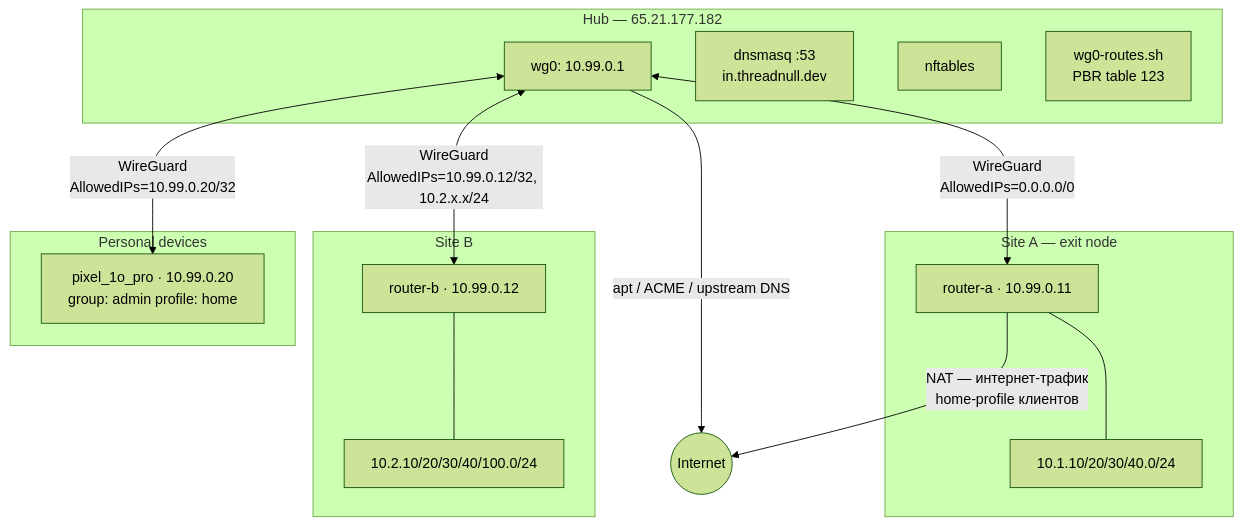
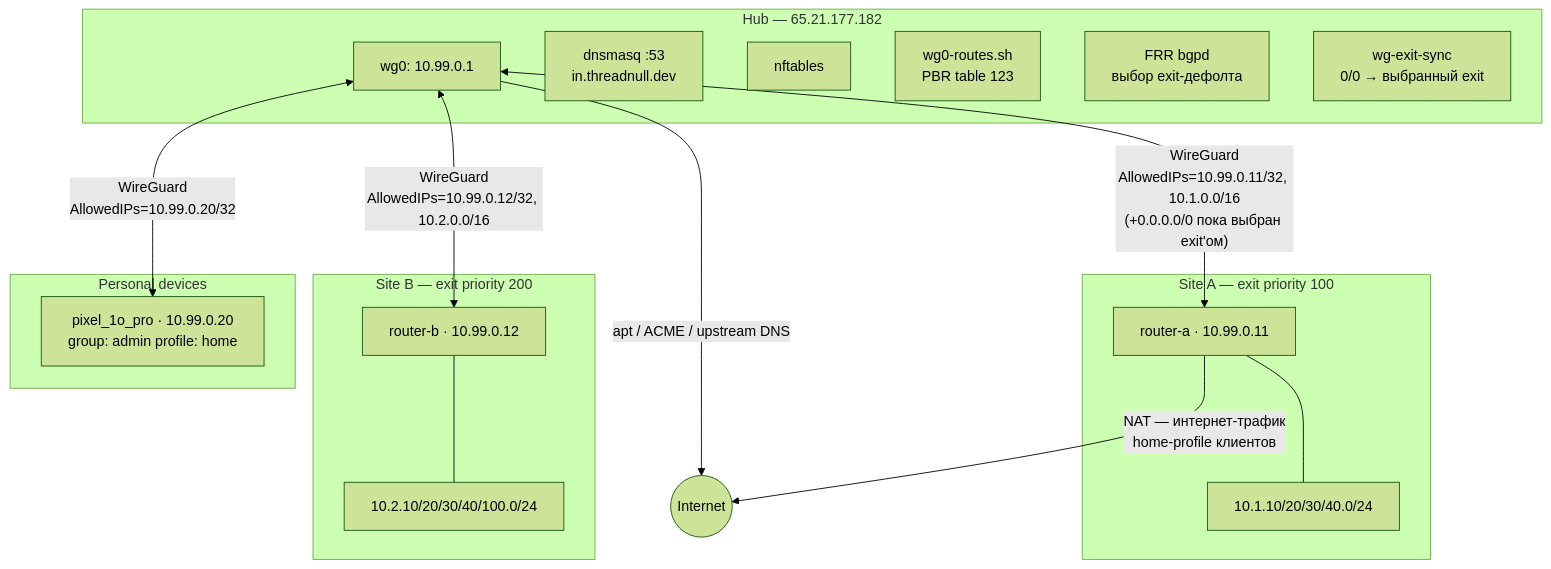
Before and after one commit to ilyasirotin/wg-hub-provisioning: the first of 3 diagrams in OVERVIEW_ru.md, drawn with Mermaid (forest theme). The commit also changed other lines of this file and 13 other files, not shown here.

````diff
--- a/OVERVIEW_ru.md
+++ b/OVERVIEW_ru.md
@@ -14,35 +14,37 @@
 ```mermaid
 graph TB
     INET((Internet))
 
     subgraph HUB["Hub — 65.21.177.182"]
         WG["wg0: 10.99.0.1"]
         DNS["dnsmasq :53\nin.threadnull.dev"]
         FW["nftables"]
         RT["wg0-routes.sh\nPBR table 123"]
+        FRR["FRR bgpd\nвыбор exit-дефолта"]
+        EXS["wg-exit-sync\n0/0 → выбранный exit"]
     end
 
-    subgraph SA["Site A — exit node"]
+    subgraph SA["Site A — exit priority 100"]
         RA["router-a · 10.99.0.11"]
         LANA["10.1.10/20/30/40.0/24"]
     end
 
-    subgraph SB["Site B"]
+    subgraph SB["Site B — exit priority 200"]
         RB["router-b · 10.99.0.12"]
         LANB["10.2.10/20/30/40/100.0/24"]
     end
 
     subgraph CLIENTS["Personal devices"]
         PH["pixel_1o_pro · 10.99.0.20\ngroup: admin  profile: home"]
     end
 
-    WG <-->|"WireGuard\nAllowedIPs=0.0.0.0/0"| RA
-    WG <-->|"WireGuard\nAllowedIPs=10.99.0.12/32, 10.2.x.x/24"| RB
+    WG <-->|"WireGuard\nAllowedIPs=10.99.0.11/32, 10.1.0.0/16\n(+0.0.0.0/0 пока выбран exit'ом)"| RA
+    WG <-->|"WireGuard\nAllowedIPs=10.99.0.12/32, 10.2.0.0/16"| RB
     WG <-->|"WireGuard\nAllowedIPs=10.99.0.20/32"| PH
 
     RA --- LANA
     RB --- LANB
 
     RA -->|"NAT — интернет-трафик\nhome-profile клиентов"| INET
     WG -->|"apt / ACME / upstream DNS"| INET
 ```
````
